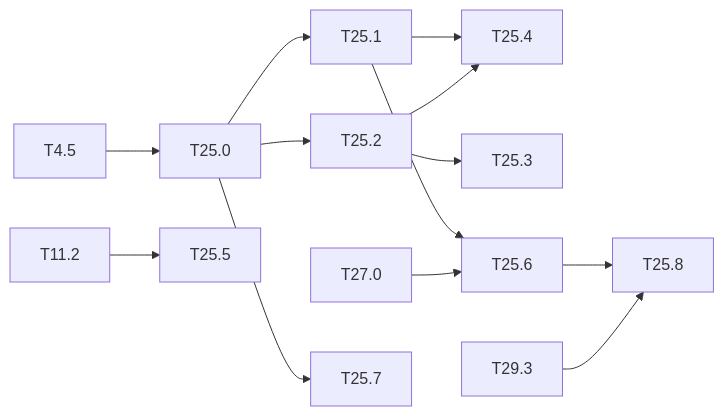
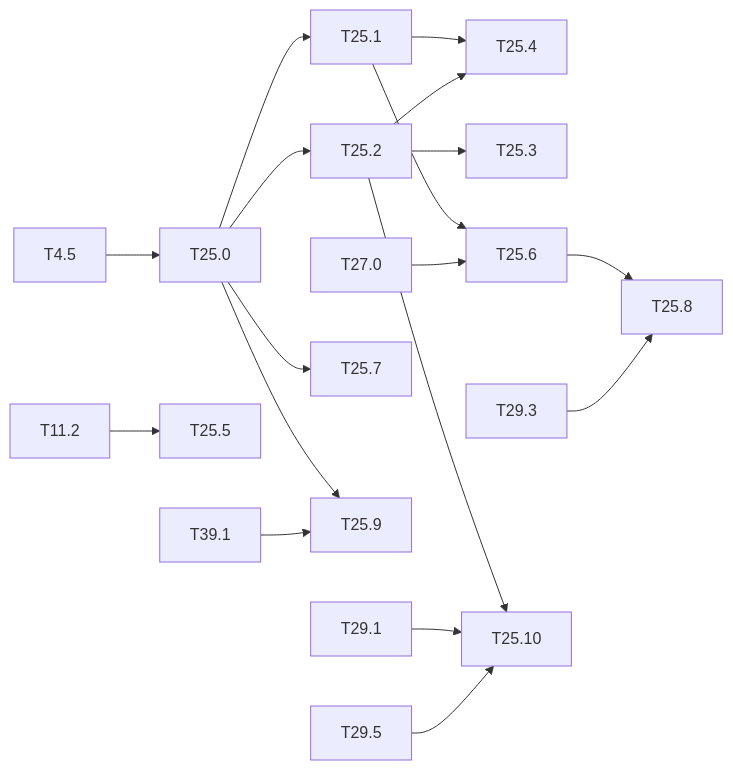
Before and after one commit to lrivals/EmbeddedComputervision: the diagram in docs/tasks/M25-dependability.md, drawn with Mermaid. The commit also changed other lines of this file and 15 other files, not shown here.

````diff
--- a/docs/tasks/M25-dependability.md
+++ b/docs/tasks/M25-dependability.md
@@ -159,11 +183,16 @@
 ```mermaid
 graph LR
   T45[T4.5] --> T250[T25.0] --> T251[T25.1] --> T254[T25.4]
   T250 --> T252[T25.2] --> T253[T25.3]
   T252 --> T254
   T112[T11.2] --> T255[T25.5]
   T251 --> T256[T25.6] --> T258[T25.8]
   T270[T27.0] --> T256
   T250 --> T257[T25.7]
   T293[T29.3] --> T258
+  T250 --> T259[T25.9]
+  T391[T39.1] --> T259
+  T252 --> T2510[T25.10]
+  T291[T29.1] --> T2510
+  T295[T29.5] --> T2510
 ```
````
